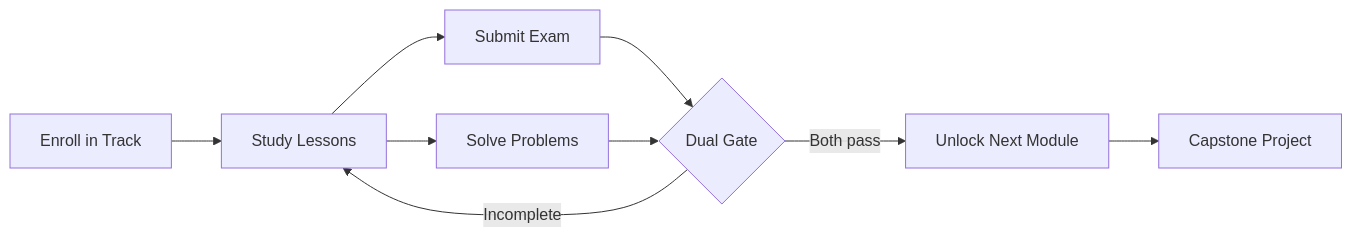
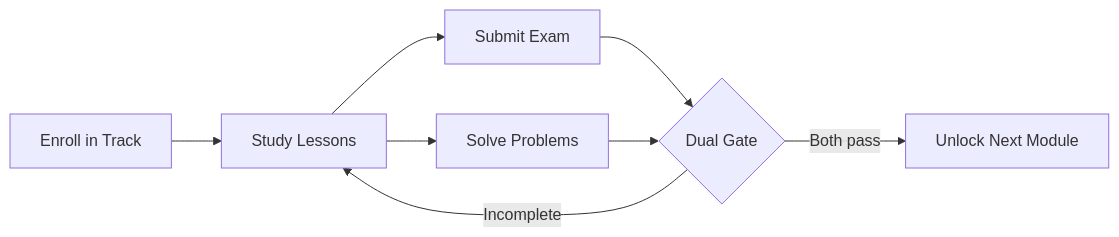
The diagram in README.md (Tawjjeh/TalebElm), drawn with Mermaid before and after one commit. The commit also changed other lines of this file and 12 other files, not shown here.

````diff
--- a/README.md
+++ b/README.md
@@ -39,11 +33,10 @@
 ```mermaid
 flowchart LR
     A["Enroll in Track"] --> B["Study Lessons"]
     B --> C["Submit Exam"]
     B --> D["Solve Problems"]
     C --> E{"Dual Gate"}
     D --> E
     E -->|"Both pass"| F["Unlock Next Module"]
     E -->|"Incomplete"| B
-    F --> G["Capstone Project"]
 ```
````
